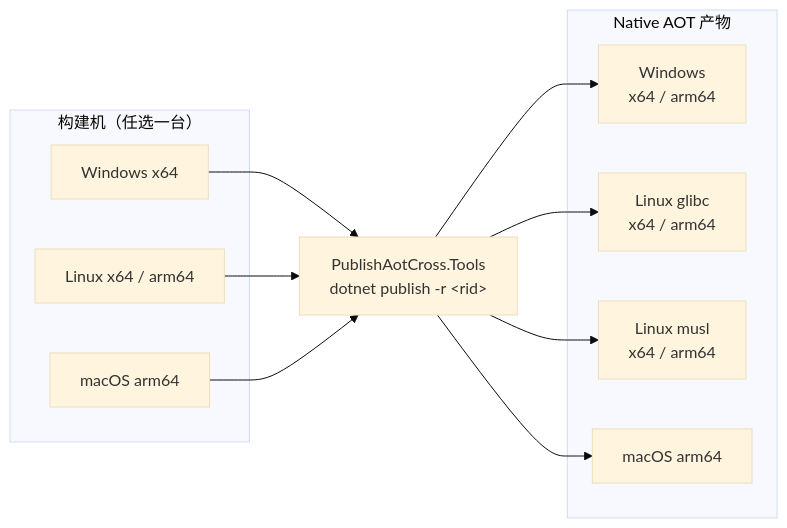
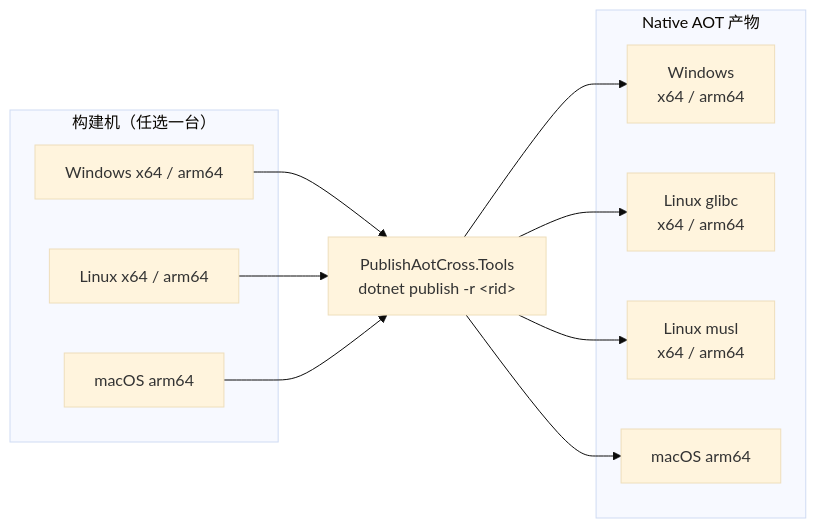
One commit to DotNet-AGPL/PublishAotCross.Tools changed the diagram in docs/article-draft.md. Above: the diagram before and after it, drawn with Mermaid (base theme). The commit also changed other lines of this file, not shown here.

Commit message:
docs: add Windows arm64 host to article matrix; simplify build-machine FAQ

````diff
--- a/docs/article-draft.md
+++ b/docs/article-draft.md
@@ -58,25 +58,25 @@
 ```mermaid
 flowchart LR
     subgraph HOSTS["构建机（任选一台）"]
-        W["Windows x64"]
+        W["Windows x64 / arm64"]
         L["Linux x64 / arm64"]
         M["macOS arm64"]
     end
 
     T["PublishAotCross.Tools<br/>dotnet publish -r &lt;rid&gt;"]
 
     subgraph TARGETS["Native AOT 产物"]
         TW["Windows<br/>x64 / arm64"]
         TL["Linux glibc<br/>x64 / arm64"]
         TM["Linux musl<br/>x64 / arm64"]
         TO["macOS arm64"]
     end
 
     W --> T
     L --> T
     M --> T
     T --> TW
     T --> TL
     T --> TM
     T --> TO
 ```
````
